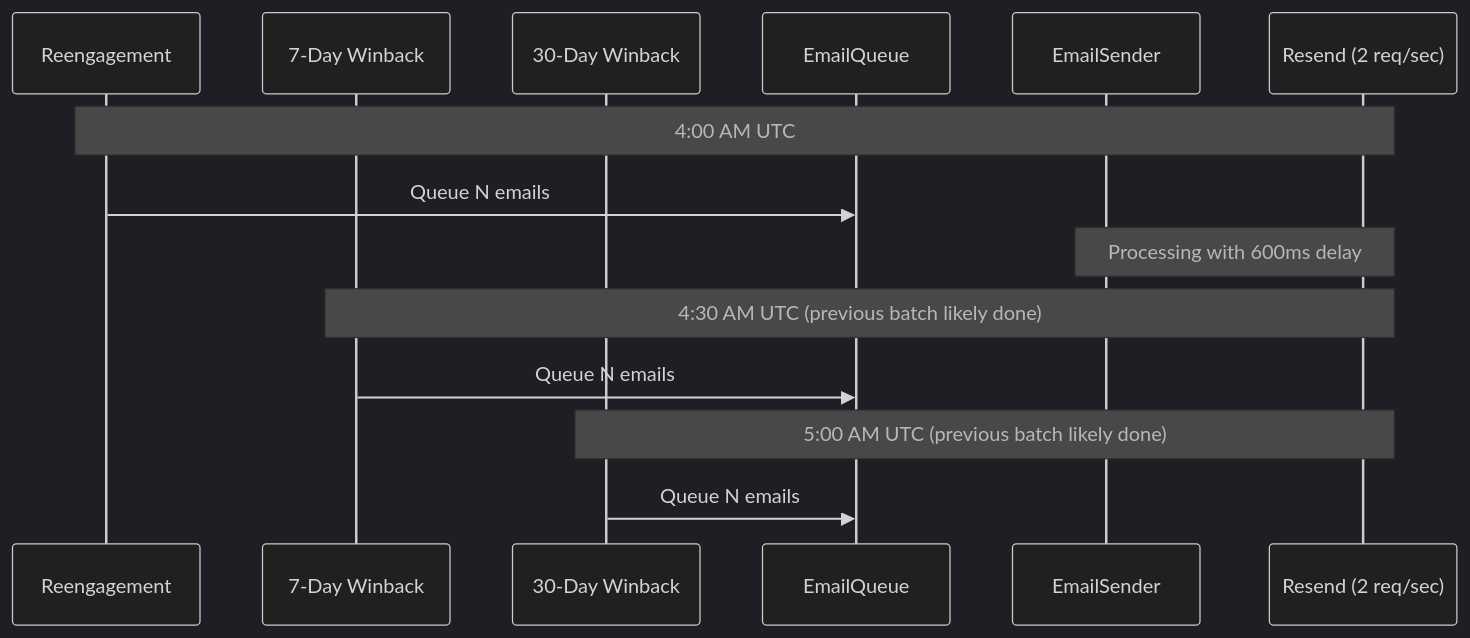
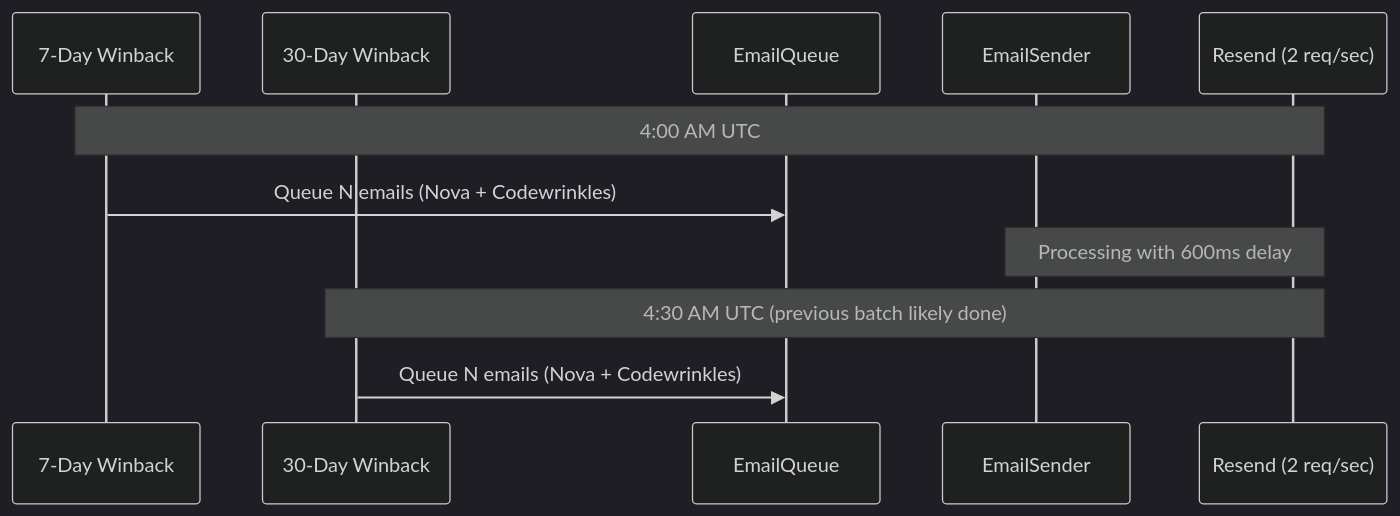
One commit to Codewrinkles/universe changed the second of 3 diagrams in docs/features/email/diagrams/service-schedule.md. Above: the diagram before and after it, drawn with Mermaid (dark theme). The commit also changed other lines of this file and 15 other files, not shown here.

````diff
--- a/docs/features/email/diagrams/service-schedule.md
+++ b/docs/features/email/diagrams/service-schedule.md
@@ -44,19 +38,15 @@
 ```mermaid
 sequenceDiagram
-    participant R as Reengagement
     participant S as 7-Day Winback
     participant T as 30-Day Winback
     participant Q as EmailQueue
     participant ES as EmailSender
     participant API as Resend (2 req/sec)
 
-    Note over R,API: 4:00 AM UTC
-    R->>Q: Queue N emails
+    Note over S,API: 4:00 AM UTC
+    S->>Q: Queue N emails (Nova + Codewrinkles)
     Note over ES,API: Processing with 600ms delay
 
-    Note over S,API: 4:30 AM UTC (previous batch likely done)
-    S->>Q: Queue N emails
-
-    Note over T,API: 5:00 AM UTC (previous batch likely done)
-    T->>Q: Queue N emails
+    Note over T,API: 4:30 AM UTC (previous batch likely done)
+    T->>Q: Queue N emails (Nova + Codewrinkles)
 ```
````
